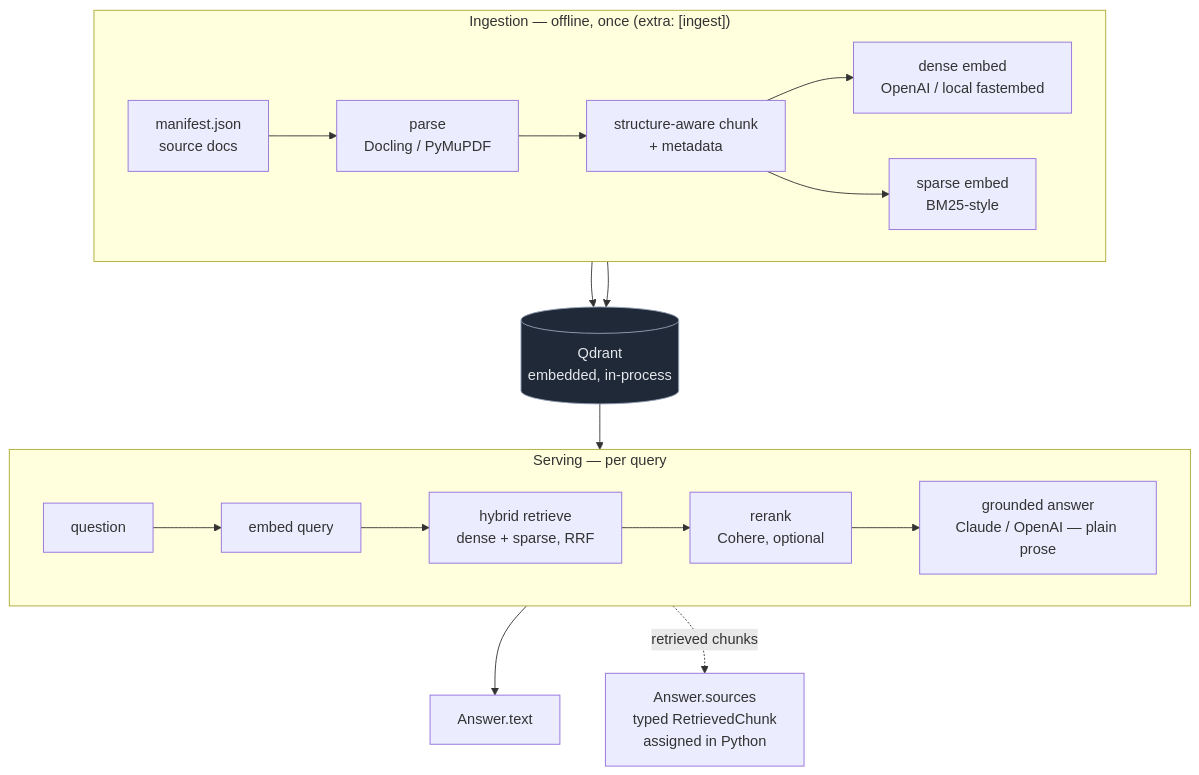
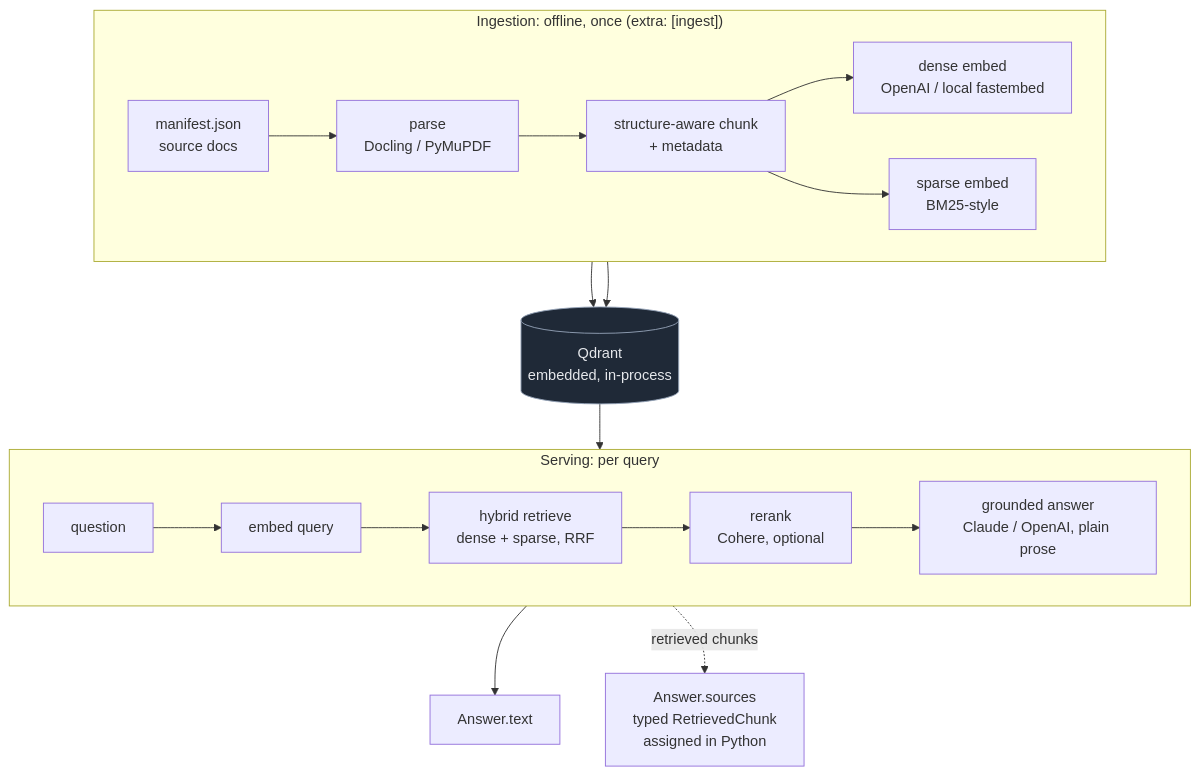
Before and after one commit to larioscow/accurag: the diagram in README.md, drawn with Mermaid. The commit also changed other lines of this file, not shown here.

````diff
--- a/README.md
+++ b/README.md
@@ -42,28 +125,28 @@
 ```mermaid
 flowchart TB
-    subgraph Ingestion["Ingestion — offline, once (extra: [ingest])"]
+    subgraph Ingestion["Ingestion: offline, once (extra: [ingest])"]
         direction LR
         SRC[manifest.json<br/>source docs] --> PARSE[parse<br/>Docling / PyMuPDF]
         PARSE --> CHUNK[structure-aware chunk<br/>+ metadata]
         CHUNK --> EMB1[dense embed<br/>OpenAI / local fastembed]
         CHUNK --> EMB2[sparse embed<br/>BM25-style]
     end
 
     EMB1 --> QDRANT[(Qdrant<br/>embedded, in-process)]
     EMB2 --> QDRANT
 
-    subgraph Serving["Serving — per query"]
+    subgraph Serving["Serving: per query"]
         direction LR
         Q[question] --> QEMB[embed query]
         QEMB --> RET[hybrid retrieve<br/>dense + sparse, RRF]
         RET --> RERANK[rerank<br/>Cohere, optional]
-        RERANK --> GEN[grounded answer<br/>Claude / OpenAI — plain prose]
+        RERANK --> GEN[grounded answer<br/>Claude / OpenAI, plain prose]
     end
 
     QDRANT --> RET
     GEN --> ANS[Answer.text]
     RET -. retrieved chunks .-> SRCS[Answer.sources<br/>typed RetrievedChunk<br/>assigned in Python]
 
     classDef store fill:#1f2937,stroke:#94a3b8,color:#e5e7eb;
     class QDRANT store;
 ```
````
